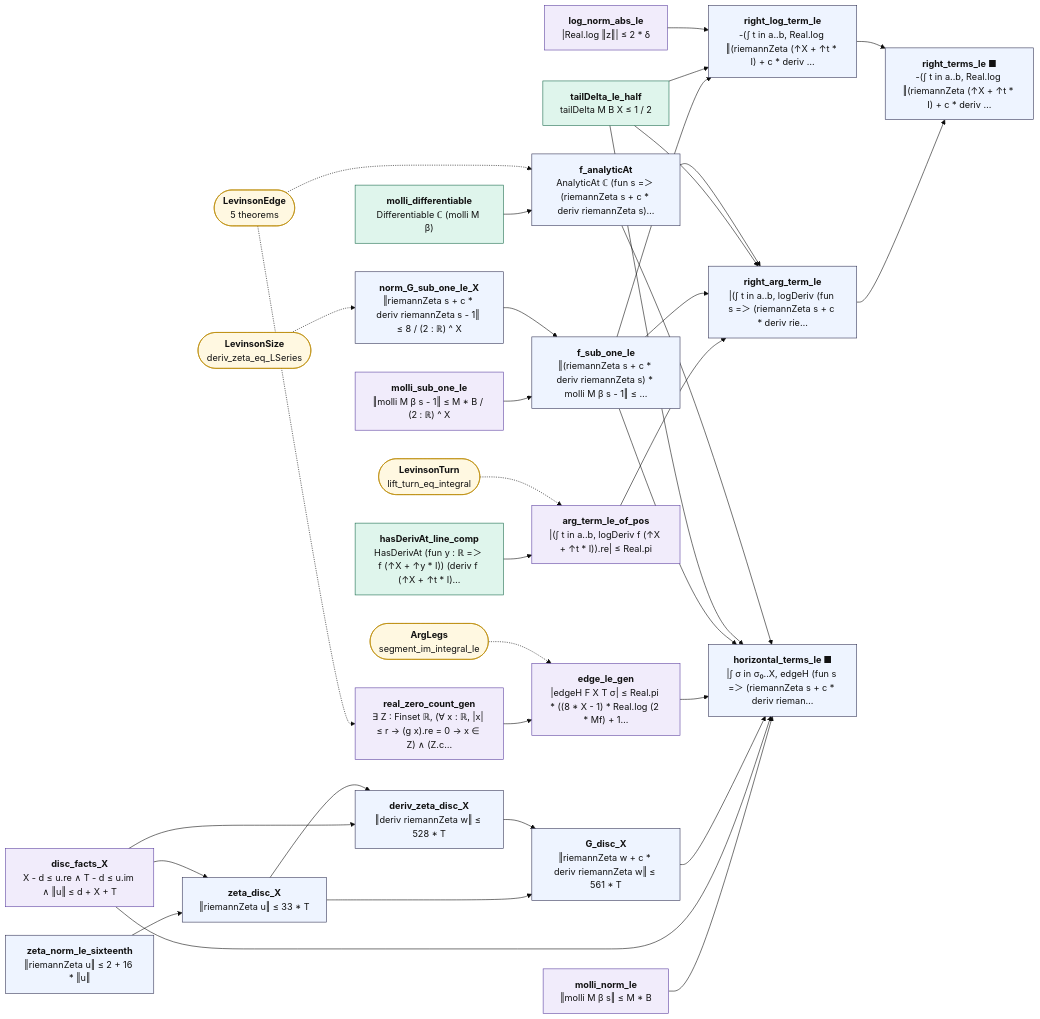
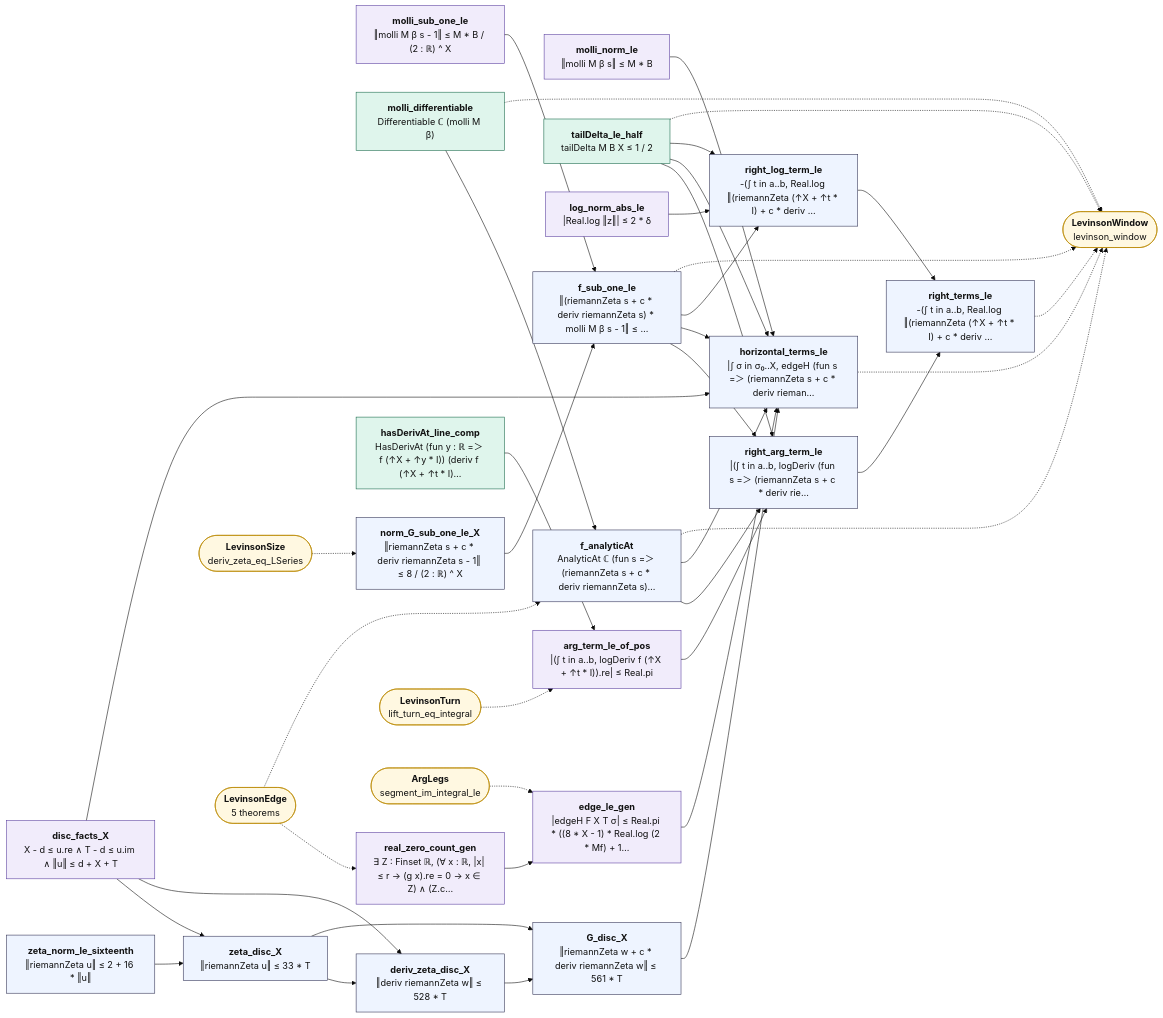
Before and after one commit to juliansambranojr/Primebeat_081426: the diagram in map/lean_stage3/LevinsonMollEdge.md, drawn with Mermaid (base theme). The commit also changed other lines of this file and 37 other files, not shown here.

````diff
--- a/map/lean_stage3/LevinsonMollEdge.md
+++ b/map/lean_stage3/LevinsonMollEdge.md
@@ -14,68 +14,75 @@
 ```mermaid
 flowchart LR
   n0["<b>molli_norm_le</b><br/>‖molli M β s‖ ≤ M * B"]:::shp
   n1["<b>molli_sub_one_le</b><br/>‖molli M β s - 1‖ ≤ M * B / (2 : ℝ) ^ X"]:::shp
   n2["<b>molli_differentiable</b><br/>Differentiable ℂ (molli M β)"]:::cnt
   n3["<b>norm_G_sub_one_le_X</b><br/>‖riemannZeta s + c * deriv riemannZeta s - 1‖ ≤ 8 / (2 : ℝ) ^ X"]:::thm
   n4["<b>f_sub_one_le</b><br/>‖(riemannZeta s + c * deriv riemannZeta s) * molli M β s - 1‖ ≤ …"]:::thm
   n5["<b>tailDelta_le_half</b><br/>tailDelta M B X ≤ 1 / 2"]:::cnt
   n6["<b>log_norm_abs_le</b><br/>|Real.log ‖z‖| ≤ 2 * δ"]:::shp
   n7["<b>hasDerivAt_line_comp</b><br/>HasDerivAt (fun y : ℝ =＞ f (↑X + ↑y * I)) (deriv f (↑X + ↑t * I)…"]:::cnt
   n8["<b>f_analyticAt</b><br/>AnalyticAt ℂ (fun s =＞ (riemannZeta s + c * deriv riemannZeta s)…"]:::thm
   n9["<b>right_log_term_le</b><br/>-(∫ t in a..b, Real.log ‖(riemannZeta (↑X + ↑t * I) + c * deriv …"]:::thm
   n10["<b>arg_term_le_of_pos</b><br/>|(∫ t in a..b, logDeriv f (↑X + ↑t * I)).re| ≤ Real.pi"]:::shp
   n11["<b>right_arg_term_le</b><br/>|(∫ t in a..b, logDeriv (fun s =＞ (riemannZeta s + c * deriv rie…"]:::thm
-  n12["<b>right_terms_le ■</b><br/>-(∫ t in a..b, Real.log ‖(riemannZeta (↑X + ↑t * I) + c * deriv …"]:::thm
+  n12["<b>right_terms_le</b><br/>-(∫ t in a..b, Real.log ‖(riemannZeta (↑X + ↑t * I) + c * deriv …"]:::thm
   n13["<b>zeta_norm_le_sixteenth</b><br/>‖riemannZeta u‖ ≤ 2 + 16 * ‖u‖"]:::thm
   n14["<b>disc_facts_X</b><br/>X - d ≤ u.re ∧ T - d ≤ u.im ∧ ‖u‖ ≤ d + X + T"]:::shp
   n15["<b>zeta_disc_X</b><br/>‖riemannZeta u‖ ≤ 33 * T"]:::thm
   n16["<b>deriv_zeta_disc_X</b><br/>‖deriv riemannZeta w‖ ≤ 528 * T"]:::thm
   n17["<b>G_disc_X</b><br/>‖riemannZeta w + c * deriv riemannZeta w‖ ≤ 561 * T"]:::thm
   n18["<b>real_zero_count_gen</b><br/>∃ Z : Finset ℝ, (∀ x : ℝ, |x| ≤ r → (g x).re = 0 → x ∈ Z) ∧ (Z.c…"]:::shp
   n19["<b>edge_le_gen</b><br/>|edgeH F X T σ| ≤ Real.pi * ((8 * X - 1) * Real.log (2 * Mf) + 1…"]:::shp
-  n20["<b>horizontal_terms_le ■</b><br/>|∫ σ in σ₀..X, edgeH (fun s =＞ (riemannZeta s + c * deriv rieman…"]:::thm
-  x0(["<b>LevinsonSize</b><br/>deriv_zeta_eq_LSeries"]):::ext
-  x1(["<b>LevinsonEdge</b><br/>5 theorems"]):::ext
-  x2(["<b>LevinsonTurn</b><br/>lift_turn_eq_integral"]):::ext
-  x3(["<b>ArgLegs</b><br/>segment_im_integral_le"]):::ext
+  n20["<b>horizontal_terms_le</b><br/>|∫ σ in σ₀..X, edgeH (fun s =＞ (riemannZeta s + c * deriv rieman…"]:::thm
+  x0(["<b>LevinsonWindow</b><br/>levinson_window"]):::ext
+  x1(["<b>LevinsonSize</b><br/>deriv_zeta_eq_LSeries"]):::ext
+  x2(["<b>LevinsonEdge</b><br/>5 theorems"]):::ext
+  x3(["<b>LevinsonTurn</b><br/>lift_turn_eq_integral"]):::ext
+  x4(["<b>ArgLegs</b><br/>segment_im_integral_le"]):::ext
   n0 --> n20
   n1 --> n4
   n10 --> n11
   n11 --> n12
   n13 --> n15
   n14 --> n15
   n14 --> n16
   n14 --> n20
   n15 --> n16
   n15 --> n17
   n16 --> n17
   n17 --> n20
   n18 --> n19
   n19 --> n20
   n2 --> n8
   n3 --> n4
   n4 --> n11
   n4 --> n20
   n4 --> n9
   n5 --> n11
   n5 --> n20
   n5 --> n9
   n6 --> n9
   n7 --> n10
   n8 --> n11
   n8 --> n20
   n9 --> n12
-  x0 -.-> n3
-  x1 -.-> n18
-  x1 -.-> n8
-  x2 -.-> n10
-  x3 -.-> n19
+  n12 -.-> x0
+  n2 -.-> x0
+  n20 -.-> x0
+  n4 -.-> x0
+  n5 -.-> x0
+  n8 -.-> x0
+  x1 -.-> n3
+  x2 -.-> n18
+  x2 -.-> n8
+  x3 -.-> n10
+  x4 -.-> n19
   classDef cnt fill:#dff5ec,stroke:#17694a,color:#111
   classDef shp fill:#f1ecfb,stroke:#5b3fa0,color:#111
   classDef rh fill:#ffe5e5,stroke:#c22,color:#111,stroke-width:2px
   classDef thm fill:#eef4ff,stroke:#335,color:#111
   classDef end_ fill:#e7f7e7,stroke:#2a7,color:#111,stroke-width:2px
   classDef lone fill:#fff,stroke:#999,color:#111,stroke-dasharray:4 3
   classDef bad fill:#ffe5e5,stroke:#c22,color:#111,stroke-width:2px
   classDef ext fill:#fff8e1,stroke:#b80,color:#111
 ```
````
